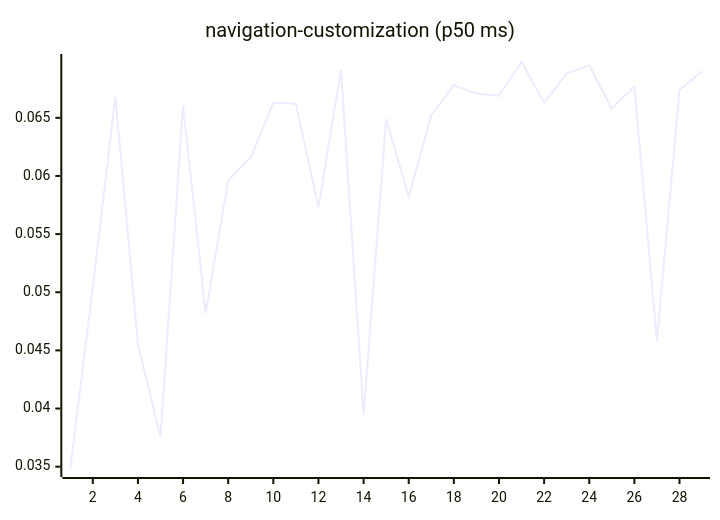
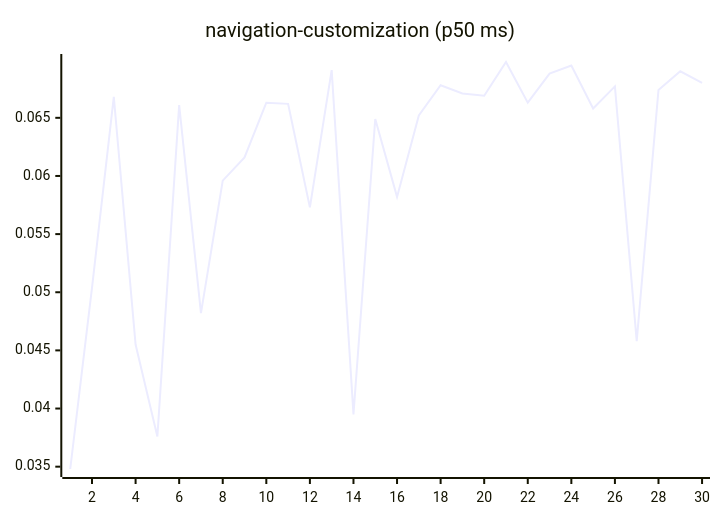
Diagram 15 of 27 in README.md (josha/Facet), drawn with Mermaid before and after one commit. The commit also changed other lines of this file and 2 other files, not shown here.

````diff
--- a/README.md
+++ b/README.md
@@ -161,6 +161,6 @@
 ```mermaid
 xychart-beta
     title "navigation-customization (p50 ms)"
-    x-axis 1 --> 29
-    line [0.0348, 0.0504, 0.0668, 0.0455, 0.0376, 0.0661, 0.0482, 0.0596, 0.0616, 0.0663, 0.0662, 0.0573, 0.0691, 0.0395, 0.0649, 0.0582, 0.0652, 0.0678, 0.0671, 0.0669, 0.0698, 0.0663, 0.0688, 0.0695, 0.0658, 0.0677, 0.0458, 0.0674, 0.0690]
+    x-axis 1 --> 30
+    line [0.0348, 0.0504, 0.0668, 0.0455, 0.0376, 0.0661, 0.0482, 0.0596, 0.0616, 0.0663, 0.0662, 0.0573, 0.0691, 0.0395, 0.0649, 0.0582, 0.0652, 0.0678, 0.0671, 0.0669, 0.0698, 0.0663, 0.0688, 0.0695, 0.0658, 0.0677, 0.0458, 0.0674, 0.0690, 0.0680]
 ```
````
